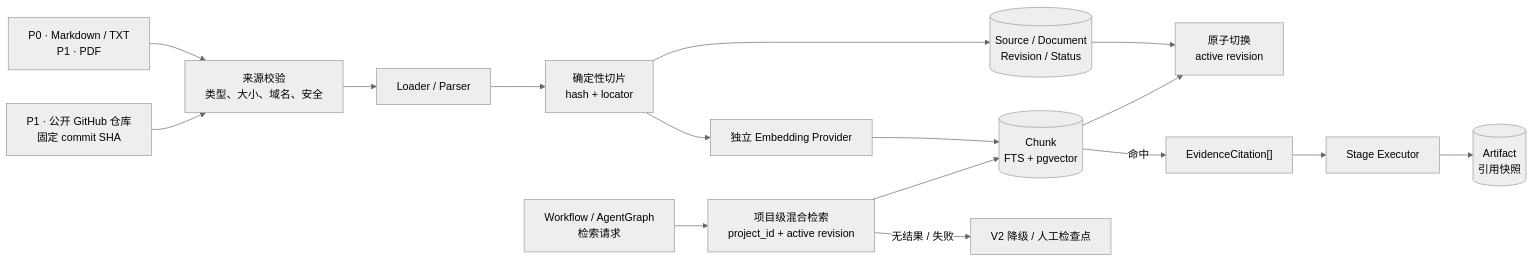
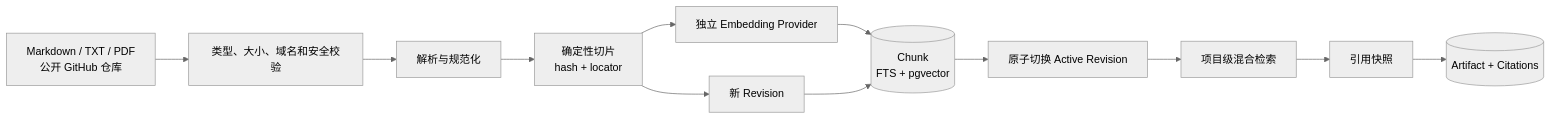
One commit to MARKX97/ai-software-planning-agent changed the third of 4 diagrams in docs/system-design.md. Above: the diagram before and after it, drawn with Mermaid (neutral theme). The commit also changed other lines of this file and 26 other files, not shown here.

````diff
--- a/docs/system-design.md
+++ b/docs/system-design.md
@@ -84,29 +66,19 @@
 ```mermaid
 flowchart LR
-  files["P0 · Markdown / TXT<br/>P1 · PDF"]
-  repo["P1 · 公开 GitHub 仓库<br/>固定 commit SHA"]
-  validate["来源校验<br/>类型、大小、域名、安全"]
-  parse["Loader / Parser"]
+  sources["Markdown / TXT / PDF<br/>公开 GitHub 仓库"]
+  validate["类型、大小、域名和安全校验"]
+  parse["解析与规范化"]
   split["确定性切片<br/>hash + locator"]
   embed["独立 Embedding Provider"]
-  metadata[("Source / Document<br/>Revision / Status")]
+  revision["新 Revision"]
   chunks[("Chunk<br/>FTS + pgvector")]
-  activate["原子切换<br/>active revision"]
-  query["Workflow / AgentGraph<br/>检索请求"]
-  retrieve["项目级混合检索<br/>project_id + active revision"]
-  evidence["EvidenceCitation[]"]
-  stage["Stage Executor"]
-  artifact[("Artifact<br/>引用快照")]
-  fallback["V2 降级 / 人工检查点"]
+  activate["原子切换 Active Revision"]
+  retrieve["项目级混合检索"]
+  evidence["引用快照"]
+  artifact[("Artifact + Citations")]
 
-  files --> validate
-  repo --> validate
-  validate --> parse --> split
-  split --> metadata
+  sources --> validate --> parse --> split
+  split --> revision
   split --> embed --> chunks
-  metadata --> activate
-  chunks --> activate
-  query --> retrieve --> chunks
-  chunks -->|"命中"| evidence --> stage --> artifact
-  retrieve -->|"无结果 / 失败"| fallback
+  revision --> chunks --> activate --> retrieve --> evidence --> artifact
 ```
````
